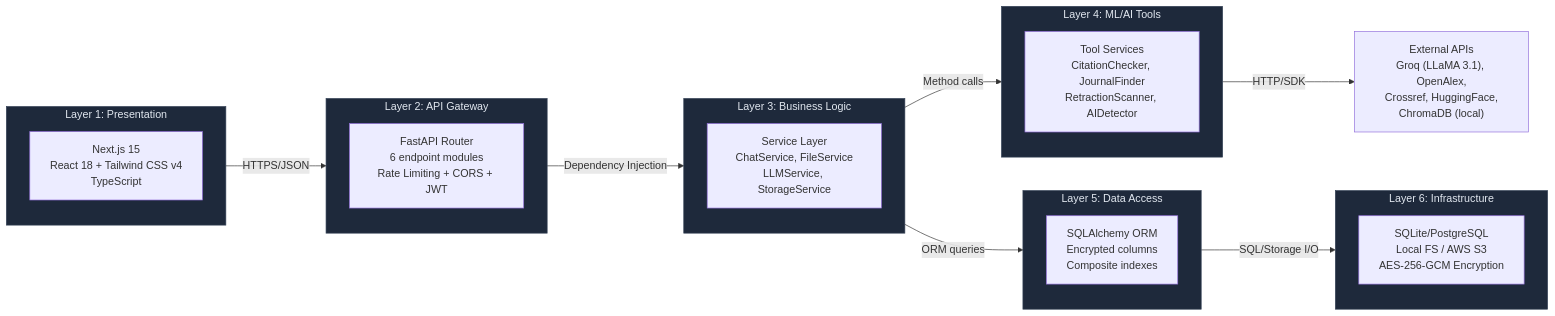
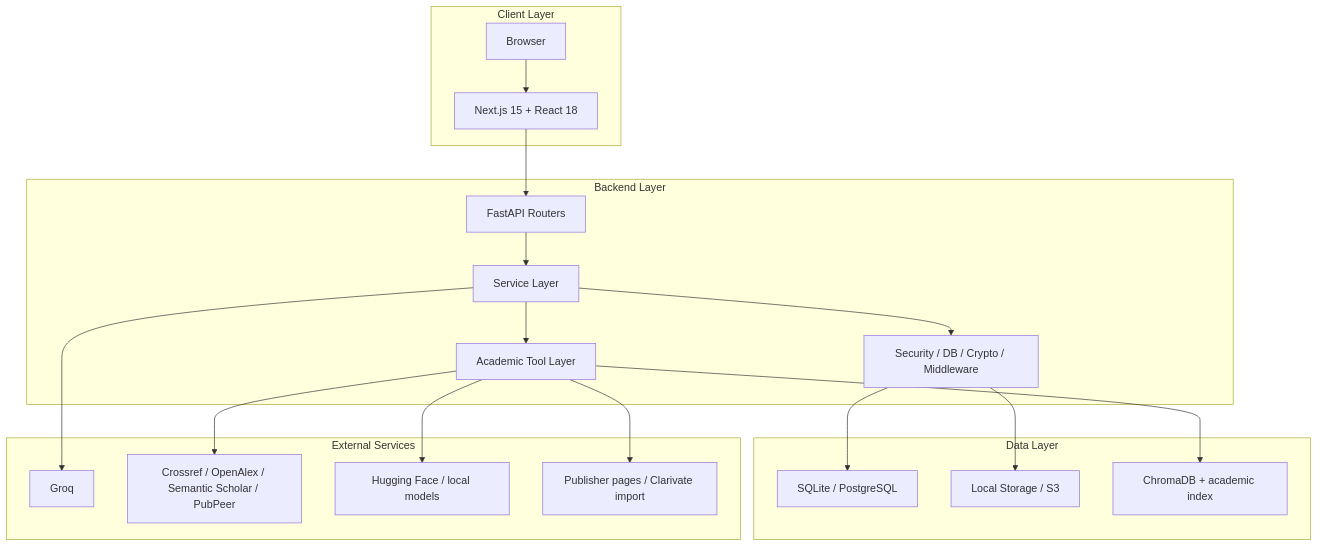
Before and after one commit to Nhan-Laptop/NT208.Q21.ANTN: the first of 5 diagrams in architecture.md, drawn with Mermaid. The commit also changed other lines of this file and 5 other files, not shown here.

````diff
--- a/architecture.md
+++ b/architecture.md
@@ -189,36 +58,40 @@
 ```mermaid
-graph LR
-    subgraph L1["Layer 1: Presentation"]
-        FE["Next.js 15<br/>React 18 + Tailwind CSS v4<br/>TypeScript"]
+graph TB
+    subgraph CLIENT["Client Layer"]
+        Browser["Browser"]
+        Frontend["Next.js 15 + React 18"]
     end
 
-    subgraph L2["Layer 2: API Gateway"]
-        GW["FastAPI Router<br/>6 endpoint modules<br/>Rate Limiting + CORS + JWT"]
+    subgraph BACKEND["Backend Layer"]
+        Router["FastAPI Routers"]
+        Services["Service Layer"]
+        Tools["Academic Tool Layer"]
+        Core["Security / DB / Crypto / Middleware"]
     end
 
-    subgraph L3["Layer 3: Business Logic"]
-        BL["Service Layer<br/>ChatService, FileService<br/>LLMService, StorageService"]
+    subgraph DATA["Data Layer"]
+        SQL["SQLite / PostgreSQL"]
+        Files["Local Storage / S3"]
+        Chroma["ChromaDB + academic index"]
     end
 
-    subgraph L4["Layer 4: ML/AI Tools"]
-        ML["Tool Services<br/>CitationChecker, JournalFinder<br/>RetractionScanner, AIDetector"]
+    subgraph EXTERNAL["External Services"]
+        Groq["Groq"]
+        Scholarly["Crossref / OpenAlex / Semantic Scholar / PubPeer"]
+        Models["Hugging Face / local models"]
+        Crawl["Publisher pages / Clarivate import"]
     end
 
-    subgraph L5["Layer 5: Data Access"]
-        DA["SQLAlchemy ORM<br/>Encrypted columns<br/>Composite indexes"]
-    end
-
-    subgraph L6["Layer 6: Infrastructure"]
-        INFRA["SQLite/PostgreSQL<br/>Local FS / AWS S3<br/>AES-256-GCM Encryption"]
-    end
-
-    L1 -->|"HTTPS/JSON"| L2
-    L2 -->|"Dependency Injection"| L3
-    L3 -->|"Method calls"| L4
-    L3 -->|"ORM queries"| L5
-    L5 -->|"SQL/Storage I/O"| L6
-    L4 -->|"HTTP/SDK"| EXT["External APIs<br/>Groq (LLaMA 3.1), OpenAlex,<br/>Crossref, HuggingFace,<br/>ChromaDB (local)"]
-
-    classDef layer fill:#1e293b,color:#e2e8f0,stroke:#334155
-    class L1,L2,L3,L4,L5,L6 layer
+    Browser --> Frontend
+    Frontend --> Router
+    Router --> Services
+    Services --> Tools
+    Services --> Core
+    Core --> SQL
+    Core --> Files
+    Tools --> Chroma
+    Services --> Groq
+    Tools --> Scholarly
+    Tools --> Models
+    Tools --> Crawl
 ```
````
